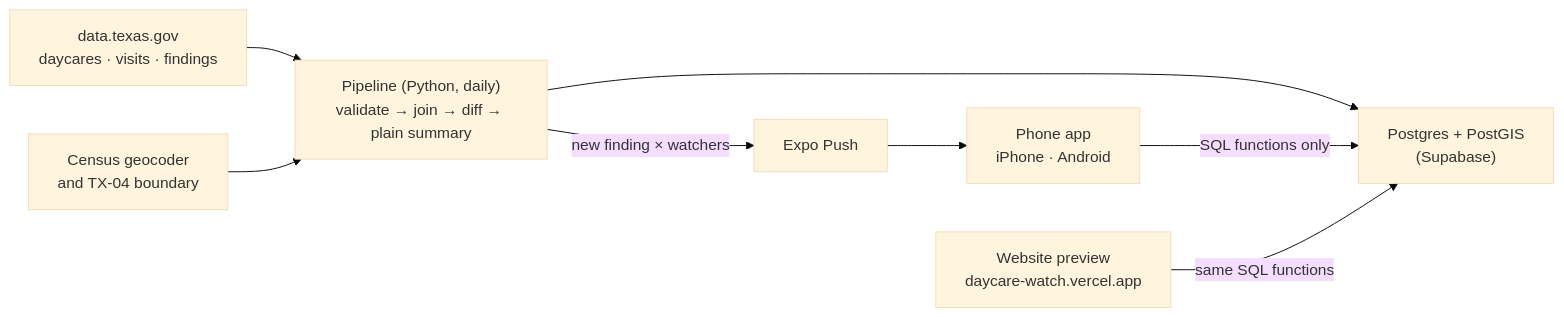
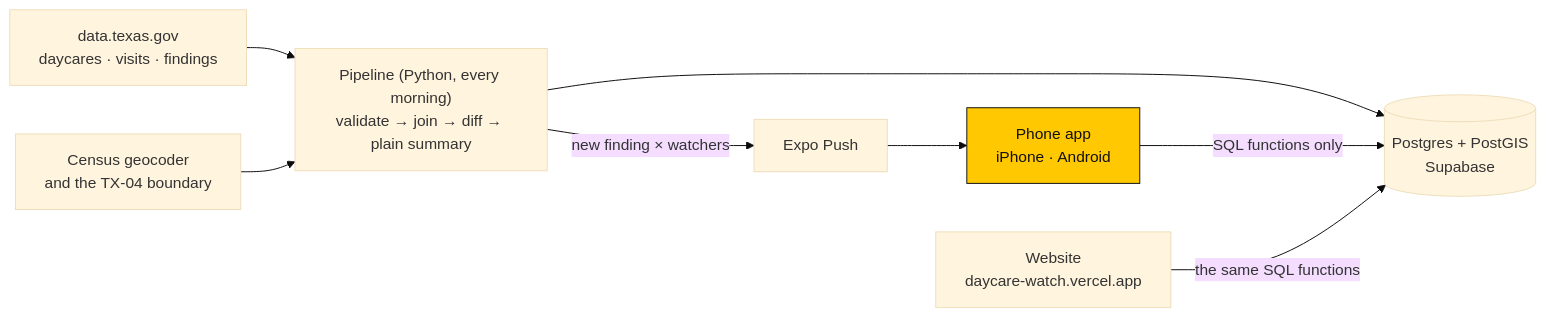
Before and after one commit to areebhirani-beep/daycare-watch: the fourth of 8 diagrams in README.md, drawn with Mermaid (base theme). The commit also changed other lines of this file and 4 other files, not shown here.

Commit message:
README: banner, every figure, diagrams of the run, the data model and every screen; endpoints 94/94

````diff
--- a/README.md
+++ b/README.md
@@ -60,9 +129,11 @@
 ```mermaid
 flowchart LR
-  TX["data.texas.gov<br/>daycares · visits · findings"] --> P["Pipeline (Python, daily)<br/>validate → join → diff → plain summary"]
-  CEN["Census geocoder<br/>and TX-04 boundary"] --> P
-  P --> DB["Postgres + PostGIS<br/>(Supabase)"]
+  TX["data.texas.gov<br/>daycares · visits · findings"] --> P["Pipeline (Python, every morning)<br/>validate → join → diff → plain summary"]
+  CEN["Census geocoder<br/>and the TX-04 boundary"] --> P
+  P --> DB[("Postgres + PostGIS<br/>Supabase")]
   P -- "new finding × watchers" --> PUSH["Expo Push"] --> APP["Phone app<br/>iPhone · Android"]
   APP -- "SQL functions only" --> DB
-  WEB["Website preview<br/>daycare-watch.vercel.app"] -- "same SQL functions" --> DB
+  WEB["Website<br/>daycare-watch.vercel.app"] -- "the same SQL functions" --> DB
+  classDef app fill:#FFC800,stroke:#111,color:#111
+  class APP app
 ```
````
